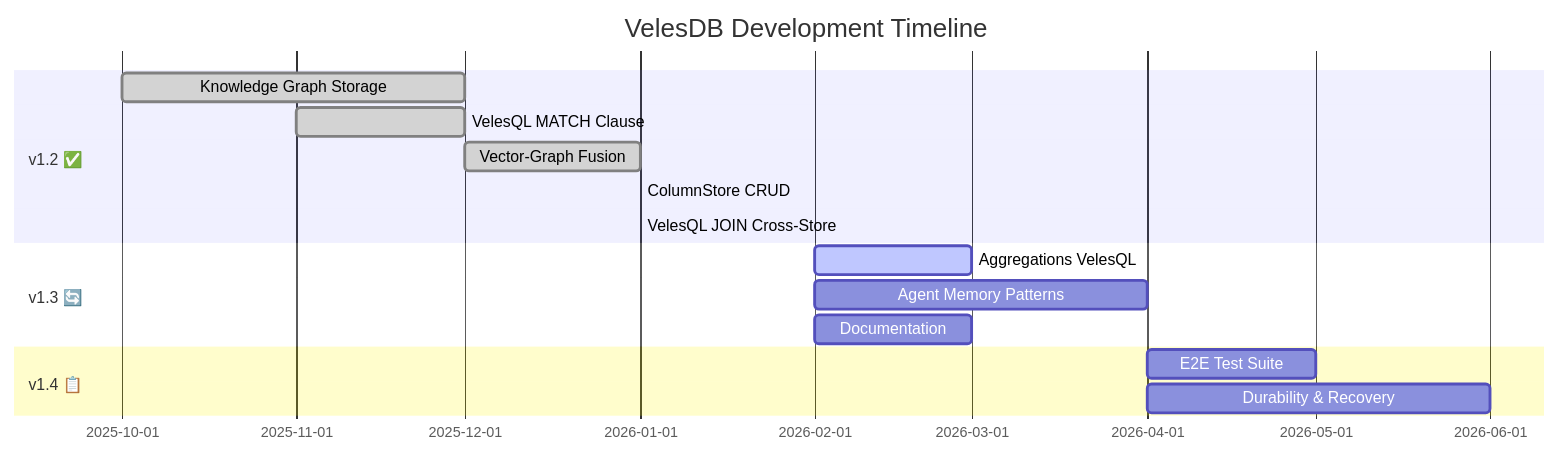
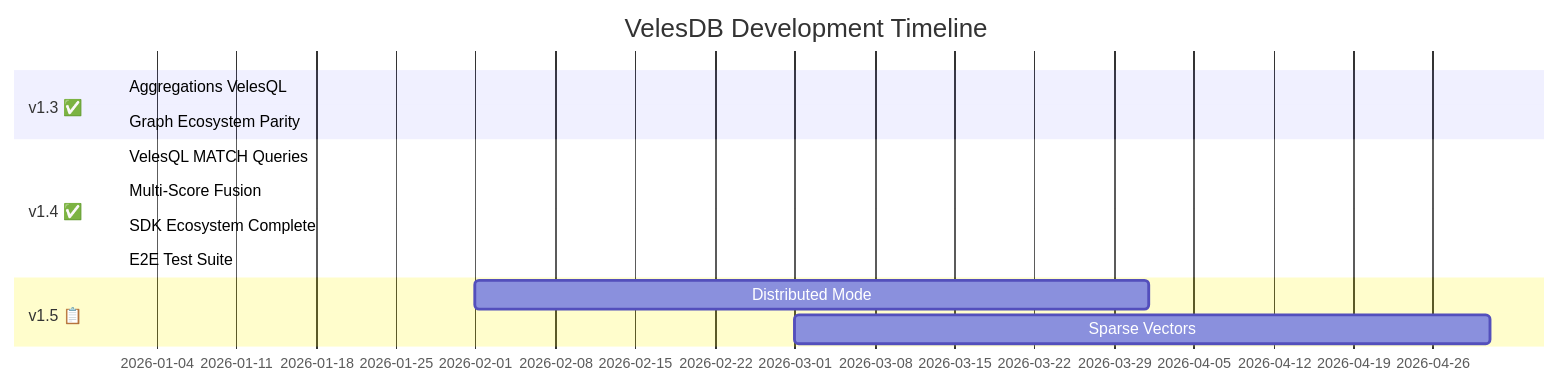
Before and after one commit to cyberlife-coder/VelesDB: the fourth of 5 diagrams in README.md, drawn with Mermaid. The commit also changed other lines of this file, not shown here.

````diff
--- a/README.md
+++ b/README.md
@@ -1144,18 +1147,16 @@
 ```mermaid
 gantt
     title VelesDB Development Timeline
     dateFormat YYYY-MM
-    section v1.2 ✅
-    Knowledge Graph Storage     :done, 2025-10, 2025-12
-    VelesQL MATCH Clause        :done, 2025-11, 2025-12
-    Vector-Graph Fusion         :done, 2025-12, 2026-01
-    ColumnStore CRUD            :done, 2026-01, 2026-01
-    VelesQL JOIN Cross-Store    :done, 2026-01, 2026-01
-    section v1.3 🔄
-    Aggregations VelesQL        :active, 2026-02, 2026-03
-    Agent Memory Patterns       :2026-02, 2026-04
-    Documentation               :2026-02, 2026-03
-    section v1.4 📋
-    E2E Test Suite              :2026-04, 2026-05
-    Durability & Recovery       :2026-04, 2026-06
+    section v1.3 ✅
+    Aggregations VelesQL        :done, 2026-01, 2026-01
+    Graph Ecosystem Parity      :done, 2026-01, 2026-01
+    section v1.4 ✅
+    VelesQL MATCH Queries       :done, 2026-01, 2026-01
+    Multi-Score Fusion          :done, 2026-01, 2026-01
+    SDK Ecosystem Complete      :done, 2026-01, 2026-01
+    E2E Test Suite              :done, 2026-01, 2026-01
+    section v1.5 📋
+    Distributed Mode            :2026-02, 2026-04
+    Sparse Vectors              :2026-03, 2026-05
 ```
````
